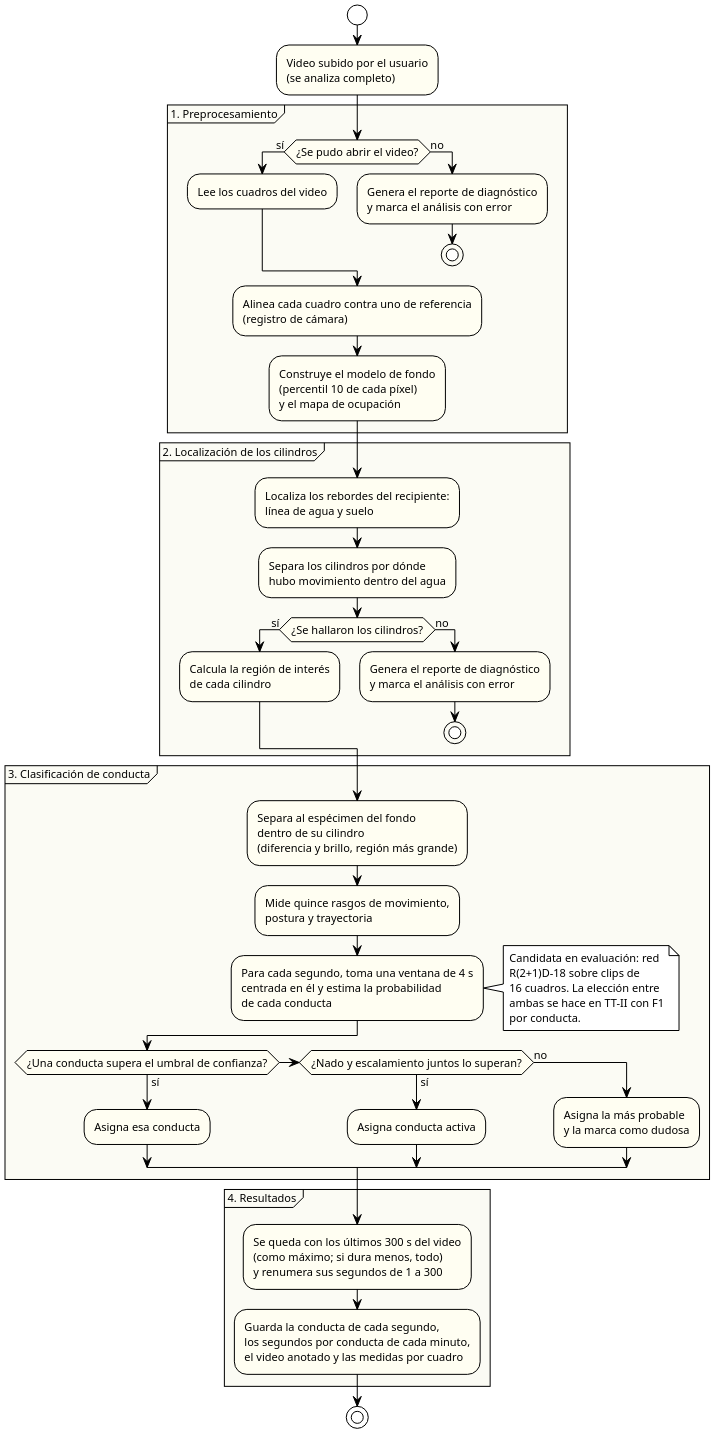
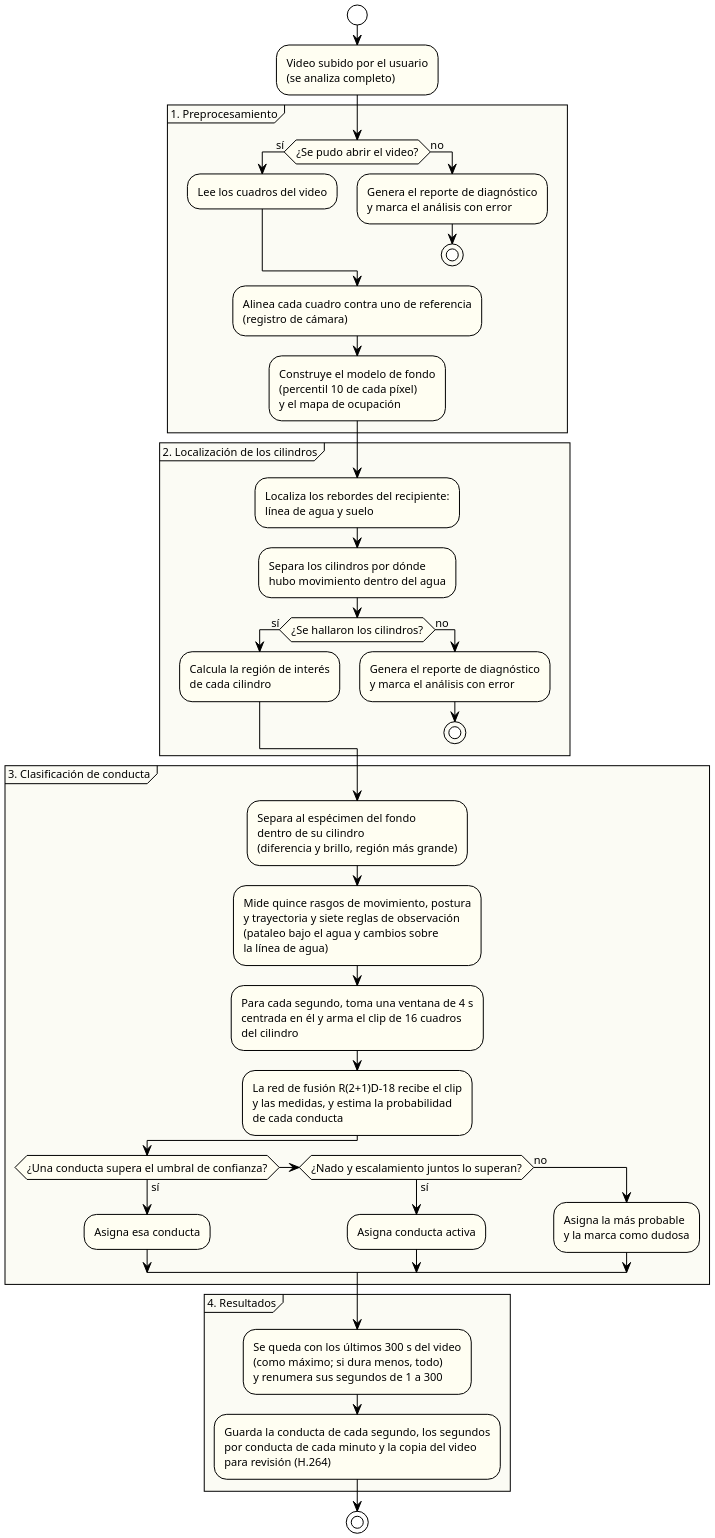
One commit to ErickJester/fst-ai-system-latex changed the diagram in diagramas/pipeline.puml. Above: the diagram before and after it, drawn with PlantUML. The commit also changed 30 other files, not shown here.

```diff
--- a/diagramas/pipeline.puml
+++ b/diagramas/pipeline.puml
@@ -1,83 +1,79 @@
 @startuml pipeline
 ' ================================================================
 '  Pipeline de analisis conductual — FST
 '  TT 2026-B066 | ESCOM-IPN
 ' ----------------------------------------------------------------
 '  Reemplaza a figures/mermaid/pipeline.png (Mermaid sin fuente en
 '  el repo), que mostraba cinco modulos con YOLOv8 + ByteTrack y
 '  ResNet-18/50 con respaldo por geometria. Se rehace desde el texto
 '  vigente del cap. 5 (Modulos 1-4) y el etiquetador real (fst_auto):
 '
 '  - Sin modulo de seguimiento (CLA-02, 5-oct): un especimen por
 '    cilindro, asi que no hay tracker. Las etapas son las de D-16
 '    revisado: preprocesamiento, cilindros, clasificacion.
-'  - Clasificacion: rasgos + gradient boosting con la regla de tres
-'    pasos y la ventana deslizante de 4 s. La R(2+1)D-18 aparece
-'    como candidata en evaluacion; cual queda se decide en TT-II.
+'  - Clasificacion (D-66): la red de fusion R(2+1)D-18 es el clasificador:
+'    recibe el clip de 16 cuadros de una ventana de 4 s y una rama de
+'    medidas (15 rasgos y 7 reglas); estima la probabilidad de cada
+'    conducta y la regla de tres pasos decide. El gradient boosting es
+'    el etiquetador del equipo y aporta los 15 rasgos.
 '  - Preprocesamiento segun fst_auto (CLA-04, 5-oct): sin correccion
 '    de contraste; fondo por percentil 10, no por mediana.
 '
 '  Generar:
 '      java -jar plantuml.jar -tpng diagramas/pipeline.puml
 ' ================================================================
 
 !theme plain
 skinparam defaultFontName Arial
 skinparam defaultFontSize 11
 skinparam shadowing false
 skinparam dpi 200
 skinparam ActivityBackgroundColor #FFFEF2
 skinparam PartitionBackgroundColor #FBFBF4
 
 start
 :Video subido por el usuario\n(se analiza completo);
 
 partition "1. Preprocesamiento" {
   if (¿Se pudo abrir el video?) then (sí)
     :Lee los cuadros del video;
   else (no)
     :Genera el reporte de diagnóstico\ny marca el análisis con error;
     stop
   endif
   :Alinea cada cuadro contra uno de referencia\n(registro de cámara);
   :Construye el modelo de fondo\n(percentil 10 de cada píxel)\ny el mapa de ocupación;
 }
 
 partition "2. Localización de los cilindros" {
   :Localiza los rebordes del recipiente:\nlínea de agua y suelo;
   :Separa los cilindros por dónde\nhubo movimiento dentro del agua;
   if (¿Se hallaron los cilindros?) then (sí)
     :Calcula la región de interés\nde cada cilindro;
   else (no)
     :Genera el reporte de diagnóstico\ny marca el análisis con error;
     stop
   endif
 }
 
 partition "3. Clasificación de conducta" {
   :Separa al espécimen del fondo\ndentro de su cilindro\n(diferencia y brillo, región más grande);
-  :Mide quince rasgos de movimiento,\npostura y trayectoria;
-  :Para cada segundo, toma una ventana de 4 s\ncentrada en él y estima la probabilidad\nde cada conducta;
-  note right
-    Candidata en evaluación: red
-    R(2+1)D-18 sobre clips de
-    16 cuadros. La elección entre
-    ambas se hace en TT-II con F1
-    por conducta.
-  end note
+  :Mide quince rasgos de movimiento, postura\ny trayectoria y siete reglas de observación\n(pataleo bajo el agua y cambios sobre\nla línea de agua);
+  :Para cada segundo, toma una ventana de 4 s\ncentrada en él y arma el clip de 16 cuadros\ndel cilindro;
+  :La red de fusión R(2+1)D-18 recibe el clip\ny las medidas, y estima la probabilidad\nde cada conducta;
   if (¿Una conducta supera el umbral de confianza?) then (sí)
     :Asigna esa conducta;
   elseif (¿Nado y escalamiento juntos lo superan?) then (sí)
     :Asigna conducta activa;
   else (no)
     :Asigna la más probable\ny la marca como dudosa;
   endif
 }
 
 partition "4. Resultados" {
   :Se queda con los últimos 300 s del video\n(como máximo; si dura menos, todo)\ny renumera sus segundos de 1 a 300;
-  :Guarda la conducta de cada segundo,\nlos segundos por conducta de cada minuto,\nel video anotado y las medidas por cuadro;
+  :Guarda la conducta de cada segundo, los segundos\npor conducta de cada minuto y la copia del video\npara revisión (H.264);
 }
 stop
 
 @enduml
```
